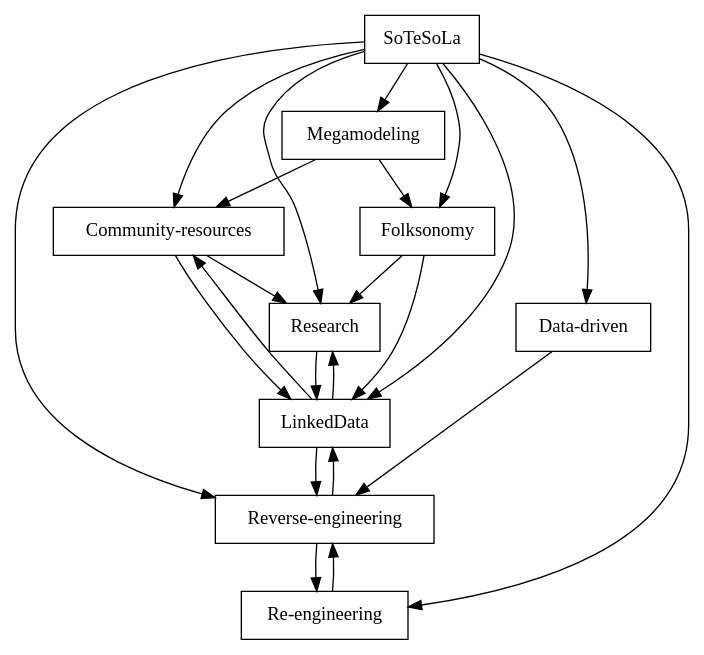
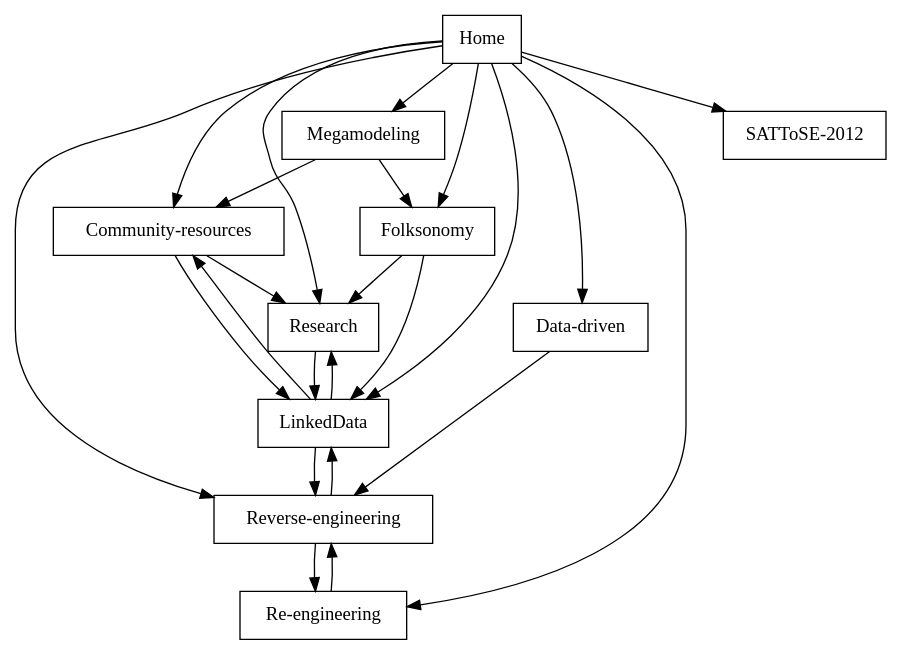
Before and after one commit to SATToSE/SoTeSoLa2012: the diagram in wg-community-resources/sotesola-wiki-graph/rel.dot, drawn with Graphviz. The commit also changed 3 other files, not shown here.

```diff
--- a/wg-community-resources/sotesola-wiki-graph/rel.dot
+++ b/wg-community-resources/sotesola-wiki-graph/rel.dot
@@ -1,22 +1,23 @@
 digraph Relation { node [shape=box]"Community-resources" -> "Research"
 "Community-resources" -> "LinkedData"
 "Data-driven" -> "Reverse-engineering"
 "Folksonomy" -> "Research"
 "Folksonomy" -> "LinkedData"
-"SoTeSoLa" -> "Reverse-engineering"
-"SoTeSoLa" -> "Re-engineering"
-"SoTeSoLa" -> "Research"
-"SoTeSoLa" -> "LinkedData"
-"SoTeSoLa" -> "Community-resources"
-"SoTeSoLa" -> "Folksonomy"
-"SoTeSoLa" -> "Data-driven"
-"SoTeSoLa" -> "Megamodeling"
+"Home" -> "Research"
+"Home" -> "Reverse-engineering"
+"Home" -> "Re-engineering"
+"Home" -> "LinkedData"
+"Home" -> "Community-resources"
+"Home" -> "Folksonomy"
+"Home" -> "Data-driven"
+"Home" -> "Megamodeling"
+"Home" -> "SATToSE-2012"
 "LinkedData" -> "Research"
 "LinkedData" -> "Community-resources"
 "LinkedData" -> "Reverse-engineering"
 "Megamodeling" -> "Community-resources"
 "Megamodeling" -> "Folksonomy"
 "Re-engineering" -> "Reverse-engineering"
 "Research" -> "LinkedData"
 "Reverse-engineering" -> "Re-engineering"
 "Reverse-engineering" -> "LinkedData"}
```
